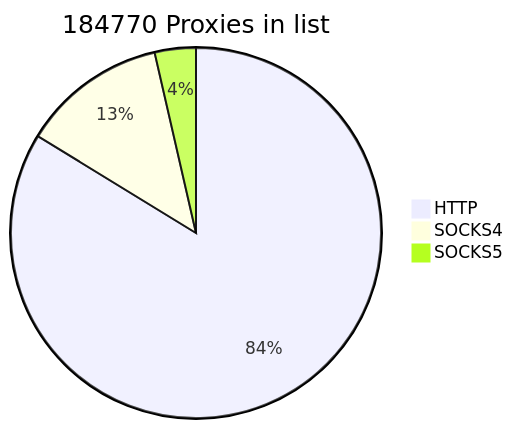
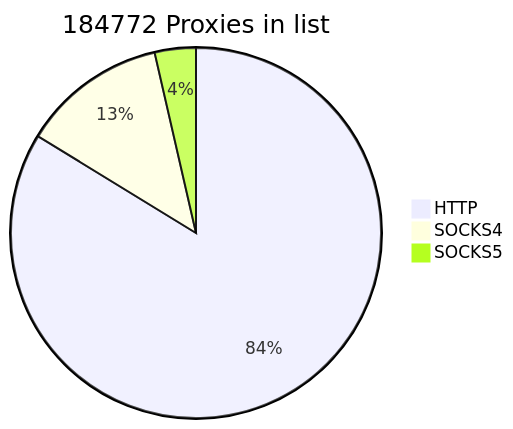
One commit to cutipu/proxylist changed the first of 2 diagrams in README.md. Above: the diagram before and after it, drawn with Mermaid. The commit also changed other lines of this file, not shown here.

````diff
--- a/README.md
+++ b/README.md
@@ -2,7 +2,7 @@
 ```mermaid
-pie title 184770 Proxies in list
+pie title 184772 Proxies in list
     "HTTP" : 154743
     "SOCKS4" : 23398
-    "SOCKS5" : 6629
+    "SOCKS5" : 6631
             
 ```
````
